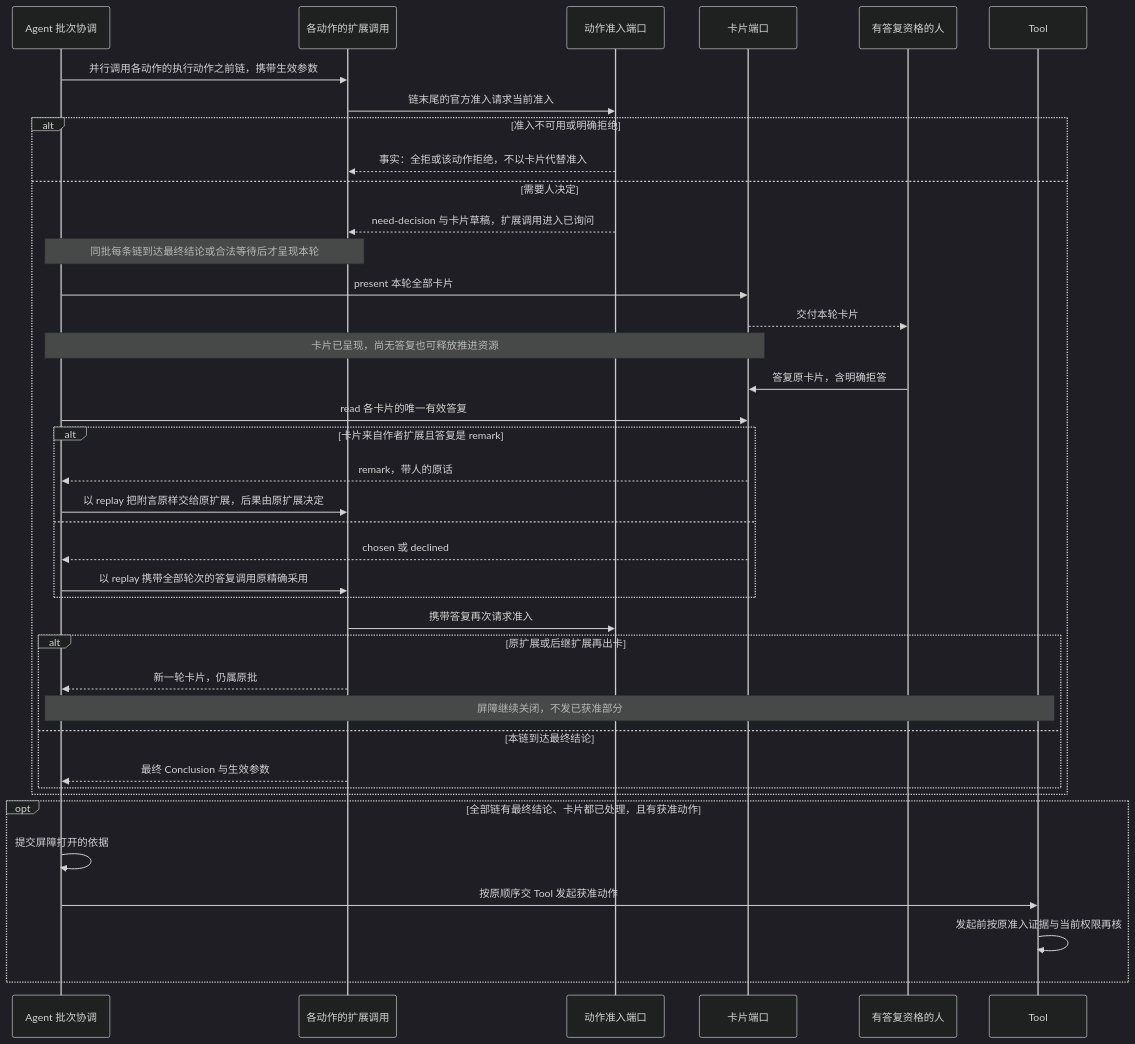
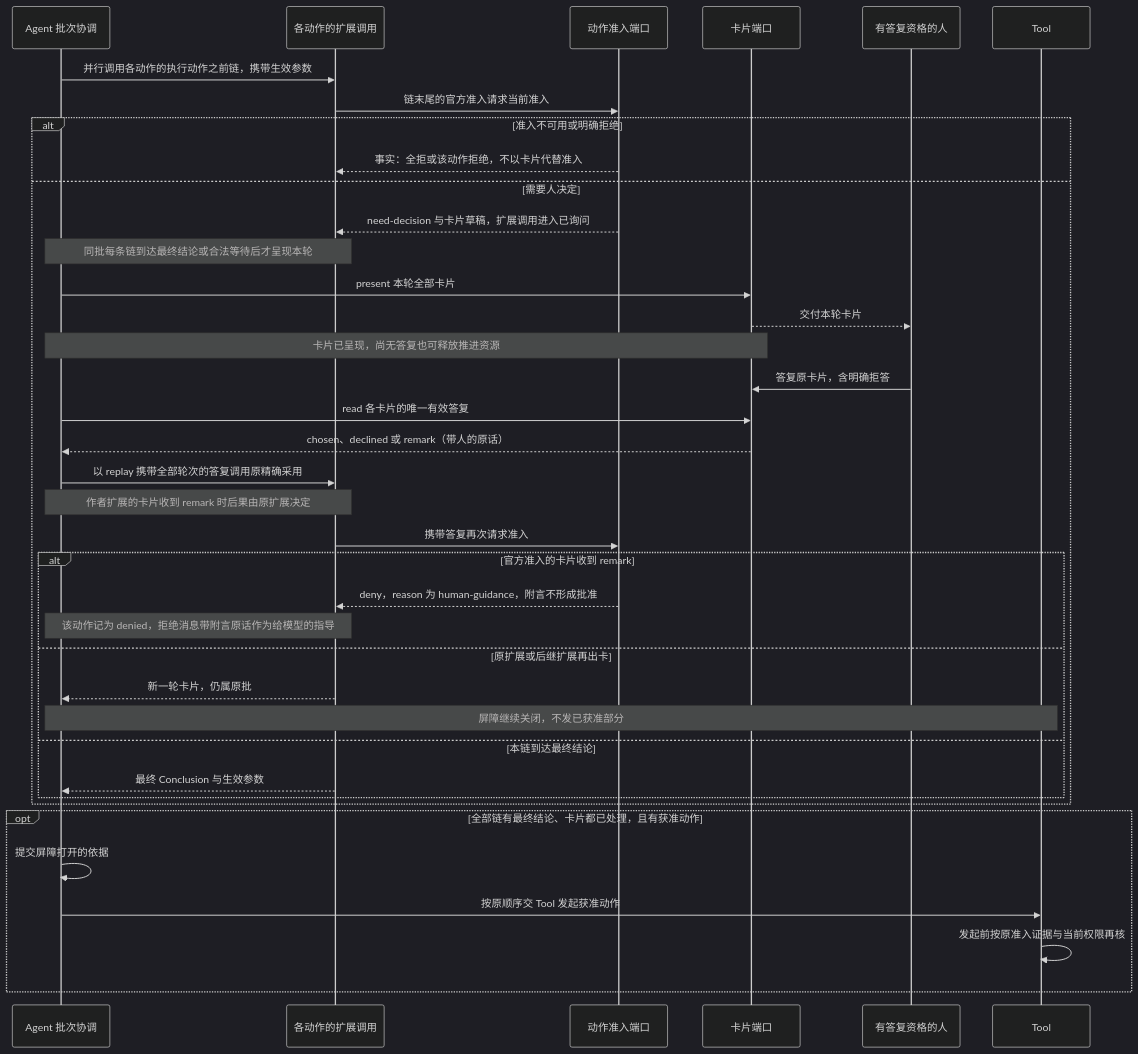
Before and after one commit to nemori-ai/omne-harness-lite: the third of 8 diagrams in packages/agent/agent-contract/docs/flows/scenarios.md, drawn with Mermaid (dark theme). The commit also changed 10 other files, not shown here.

````diff
--- a/packages/agent/agent-contract/docs/flows/scenarios.md
+++ b/packages/agent/agent-contract/docs/flows/scenarios.md
@@ -91,41 +91,40 @@
 ```mermaid
 sequenceDiagram
     participant A as Agent 批次协调
     participant E as 各动作的扩展调用
     participant Z as 动作准入端口
     participant H as 卡片端口
     participant U as 有答复资格的人
     participant T as Tool
     A->>E: 并行调用各动作的执行动作之前链，携带生效参数
     E->>Z: 链末尾的官方准入请求当前准入
     alt 准入不可用或明确拒绝
         Z-->>E: 事实：全拒或该动作拒绝，不以卡片代替准入
     else 需要人决定
         Z-->>E: need-decision 与卡片草稿，扩展调用进入已询问
         Note over A,E: 同批每条链到达最终结论或合法等待后才呈现本轮
         A->>H: present 本轮全部卡片
         H-->>U: 交付本轮卡片
         Note over A,H: 卡片已呈现，尚无答复也可释放推进资源
         U->>H: 答复原卡片，含明确拒答
         A->>H: read 各卡片的唯一有效答复
-        alt 卡片来自作者扩展且答复是 remark
-            H-->>A: remark，带人的原话
-            A->>E: 以 replay 把附言原样交给原扩展，后果由原扩展决定
-        else
-            H-->>A: chosen 或 declined
-            A->>E: 以 replay 携带全部轮次的答复调用原精确采用
-        end
+        H-->>A: chosen、declined 或 remark（带人的原话）
+        A->>E: 以 replay 携带全部轮次的答复调用原精确采用
+        Note over A,E: 作者扩展的卡片收到 remark 时后果由原扩展决定
         E->>Z: 携带答复再次请求准入
-        alt 原扩展或后继扩展再出卡
+        alt 官方准入的卡片收到 remark
+            Z-->>E: deny，reason 为 human-guidance，附言不形成批准
+            Note over A,E: 该动作记为 denied，拒绝消息带附言原话作为给模型的指导
+        else 原扩展或后继扩展再出卡
             E-->>A: 新一轮卡片，仍属原批
             Note over A,T: 屏障继续关闭，不发已获准部分
         else 本链到达最终结论
             E-->>A: 最终 Conclusion 与生效参数
         end
     end
     opt 全部链有最终结论、卡片都已处理，且有获准动作
         A->>A: 提交屏障打开的依据
         A->>T: 按原顺序交 Tool 发起获准动作
         T->>T: 发起前按原准入证据与当前权限再核
     end
 ```
````
